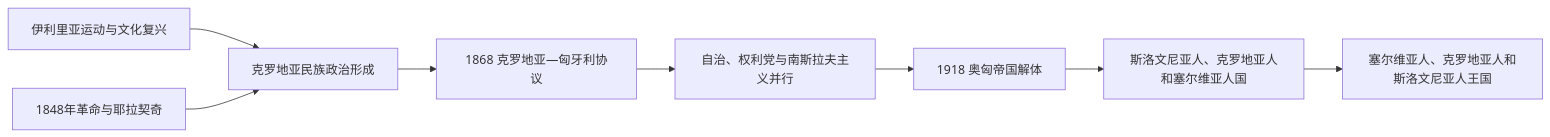
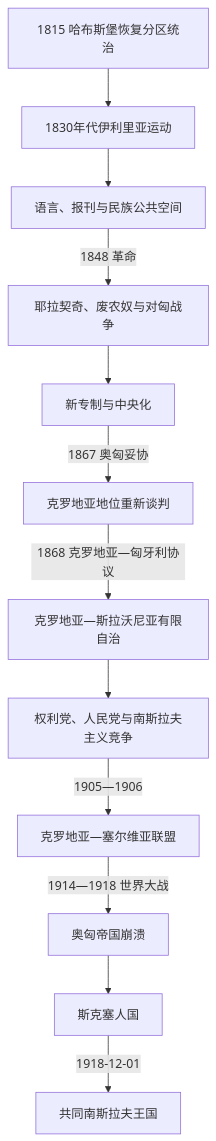
The diagram in 人文科学/历史/欧洲/东南欧与巴尔干/克罗地亚/民族复兴与近代政治.md (tianlan-dev/learning-notes), drawn with Mermaid before and after one commit. The commit also changed other lines of this file and 1417 other files, not shown here.

````diff
--- a/人文科学/历史/欧洲/东南欧与巴尔干/克罗地亚/民族复兴与近代政治.md
+++ b/人文科学/历史/欧洲/东南欧与巴尔干/克罗地亚/民族复兴与近代政治.md
@@ -15,10 +17,14 @@
 ```mermaid
-flowchart LR
-    Illyrian["伊利里亚运动与文化复兴"] --> National["克罗地亚民族政治形成"]
-    Revolution["1848年革命与耶拉契奇"] --> National
-    National --> Settlement["1868 克罗地亚—匈牙利协议"]
-    Settlement --> Parties["自治、权利党与南斯拉夫主义并行"]
-    Parties --> Collapse["1918 奥匈帝国解体"]
-    Collapse --> StateSHS["斯洛文尼亚人、克罗地亚人和塞尔维亚人国"]
-    StateSHS --> YugKingdom["塞尔维亚人、克罗地亚人和斯洛文尼亚人王国"]
+flowchart TD
+    A["1815 哈布斯堡恢复分区统治"] --> B["1830年代伊利里亚运动"]
+    B --> C["语言、报刊与民族公共空间"]
+    C -->|1848 革命| D["耶拉契奇、废农奴与对匈战争"]
+    D --> E["新专制与中央化"]
+    E -->|1867 奥匈妥协| F["克罗地亚地位重新谈判"]
+    F -->|1868 克罗地亚—匈牙利协议| G["克罗地亚—斯拉沃尼亚有限自治"]
+    G --> H["权利党、人民党与南斯拉夫主义竞争"]
+    H -->|1905—1906| I["克罗地亚—塞尔维亚联盟"]
+    I -->|1914—1918 世界大战| J["奥匈帝国崩溃"]
+    J --> K["斯克塞人国"]
+    K -->|1918-12-01| L["共同南斯拉夫王国"]
 ```
````
